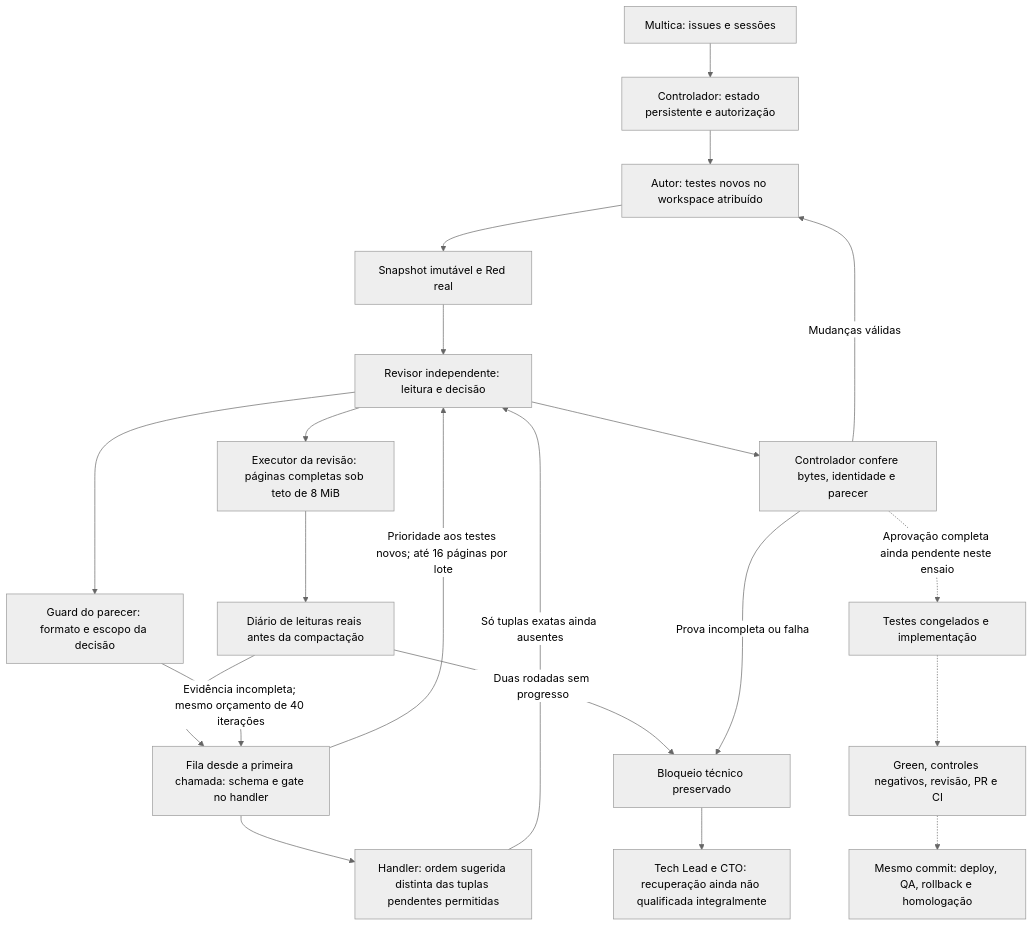
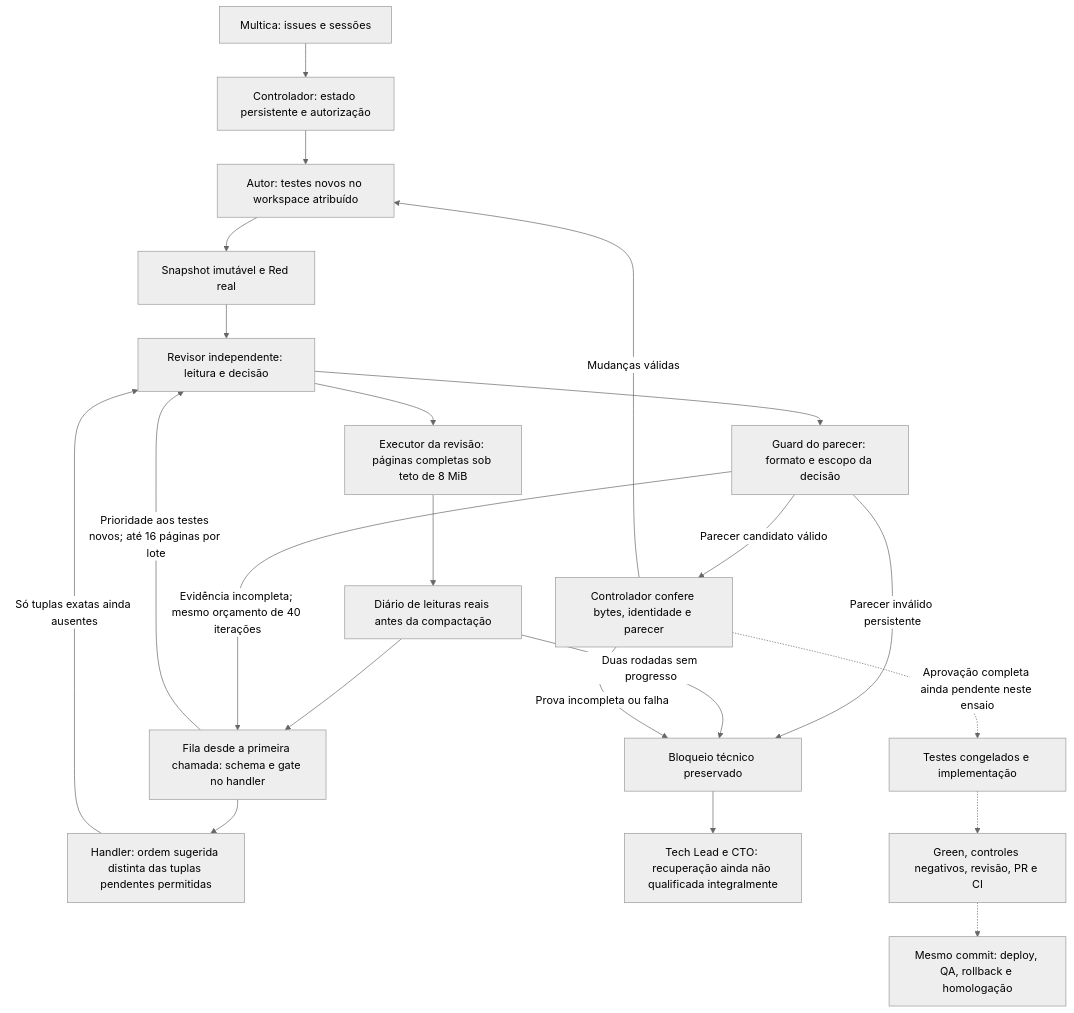
Before and after one commit to codifydeep/fabriquinha: the diagram in docs/ARCHITECTURE.md, drawn with Mermaid (neutral theme). The commit also changed other lines of this file and 8 other files, not shown here.

````diff
--- a/docs/ARCHITECTURE.md
+++ b/docs/ARCHITECTURE.md
@@ -35,23 +35,24 @@
 ```mermaid
 flowchart TD
     M[Multica: issues e sessões] --> C[Controlador: estado persistente e autorização]
     C --> A[Autor: testes novos no workspace atribuído]
     A --> S[Snapshot imutável e Red real]
     S --> R[Revisor independente: leitura e decisão]
     R --> O[Executor da revisão: páginas completas sob teto de 8 MiB]
     O --> J[Diário de leituras reais antes da compactação]
     J --> P[Fila desde a primeira chamada: schema e gate no handler]
     P -->|Prioridade aos testes novos; até 16 páginas por lote| R
     P --> N[Handler: ordem sugerida distinta das tuplas pendentes permitidas]
     N -->|Só tuplas exatas ainda ausentes| R
     R --> F[Guard do parecer: formato e escopo da decisão]
     F -->|Evidência incompleta; mesmo orçamento de 40 iterações| P
+    F -->|Parecer inválido persistente| B
     J -->|Duas rodadas sem progresso| B[Bloqueio técnico preservado]
-    R --> E[Controlador confere bytes, identidade e parecer]
+    F -->|Parecer candidato válido| E[Controlador confere bytes, identidade e parecer]
     E -->|Mudanças válidas| A
     E -->|Prova incompleta ou falha| B
     B --> T[Tech Lead e CTO: recuperação ainda não qualificada integralmente]
     E -.->|Aprovação completa ainda pendente neste ensaio| G[Testes congelados e implementação]
     G -.-> D[Green, controles negativos, revisão, PR e CI]
     D -.-> H[Mesmo commit: deploy, QA, rollback e homologação]
 ```
````
